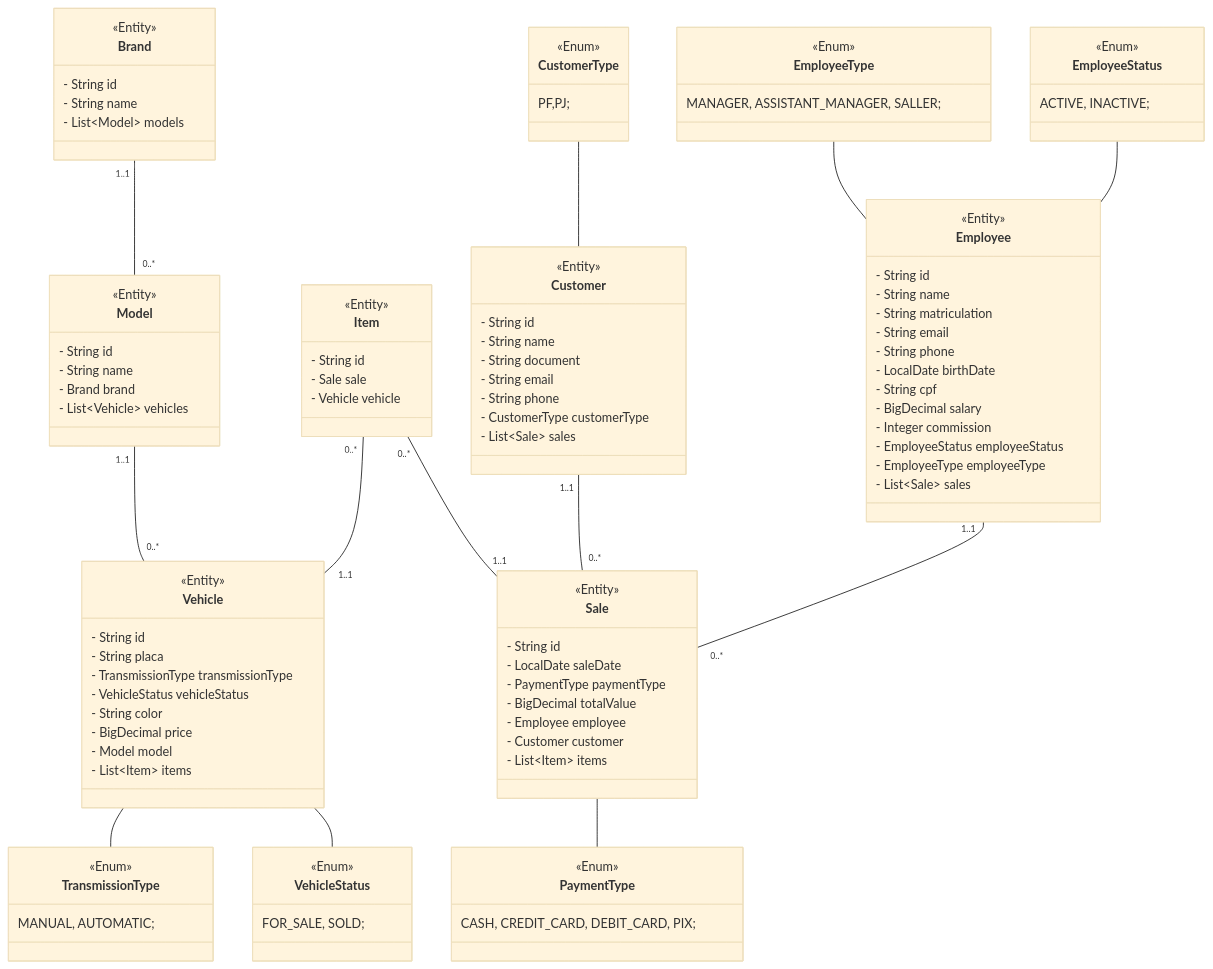
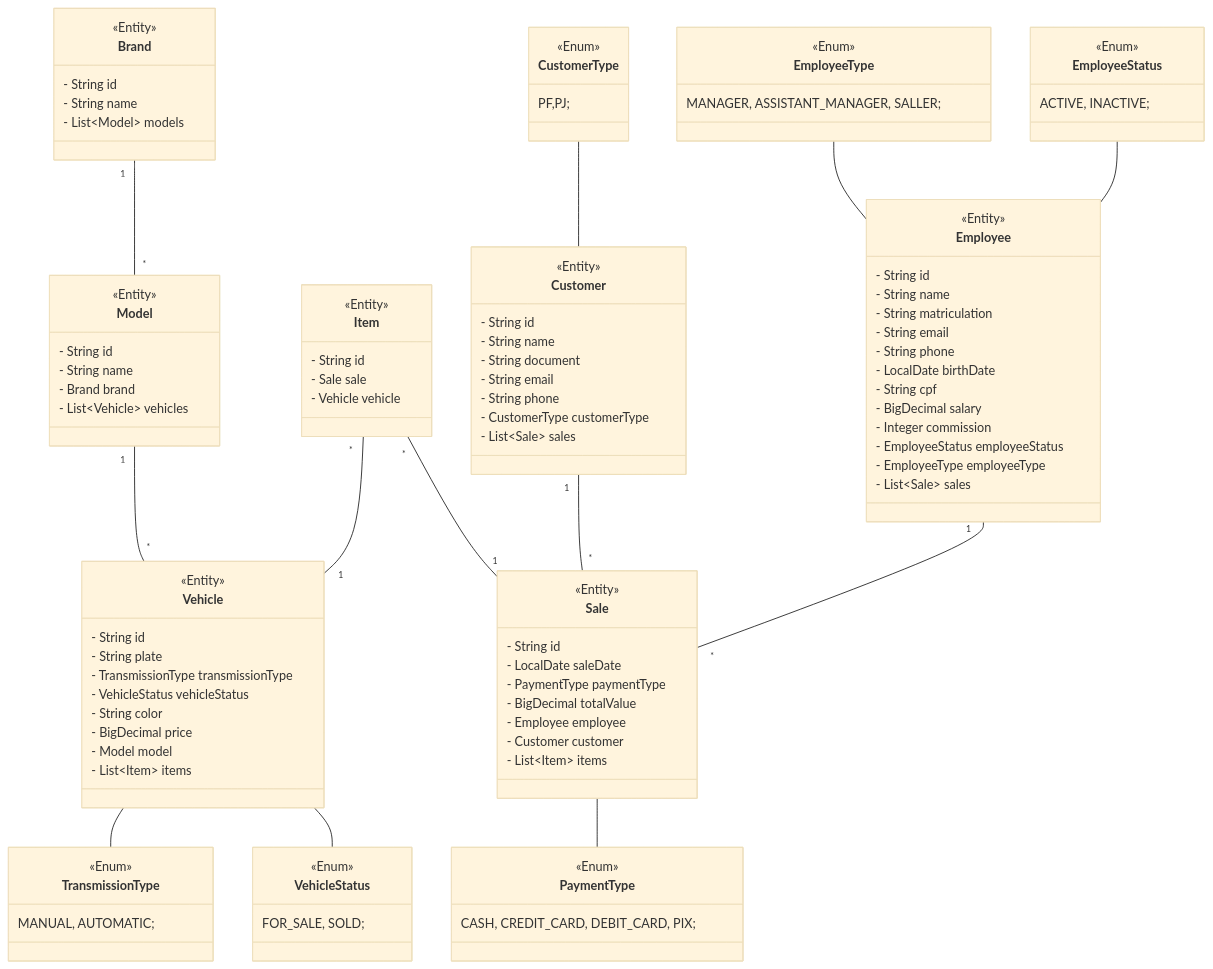
The diagram in README.md (abnerjosefelixbarbosa/concessionaria), drawn with Mermaid (base theme) before and after one commit.

Commit message:
docs: refatorar diagrama de classe.
Updated class diagram relationships and fixed variable names.

````diff
--- a/README.md
+++ b/README.md
@@ -9,17 +9,17 @@
 ```mermaid
 classDiagram
 
-Employee "1..1" -- "0..*" Sale
+Employee "1" -- "*" Sale
 
-Customer "1..1" -- "0..*" Sale
+Customer "1" -- "*" Sale
 
-Item "0..*" -- "1..1" Vehicle 
+Item "*" --  "1" Vehicle 
 
-Item "0..*" -- "1..1" Sale 
+Item "*" -- "1" Sale 
 
-Model "1..1" -- "0..*" Vehicle 
+Model "1" -- "*" Vehicle 
 
-Brand "1..1" -- "0..*" Model
+Brand "1" -- "*" Model
 
 CustomerType -- Customer
 
@@ -81,7 +81,7 @@
 class Vehicle {
 <<Entity>>
 - String id
-- String placa
+- String plate
 - TransmissionType transmissionType
 - VehicleStatus vehicleStatus
 - String color
@@ -134,4 +134,6 @@
 <<Enum>>
 PF,PJ;
 }
+
+
 ```
````
